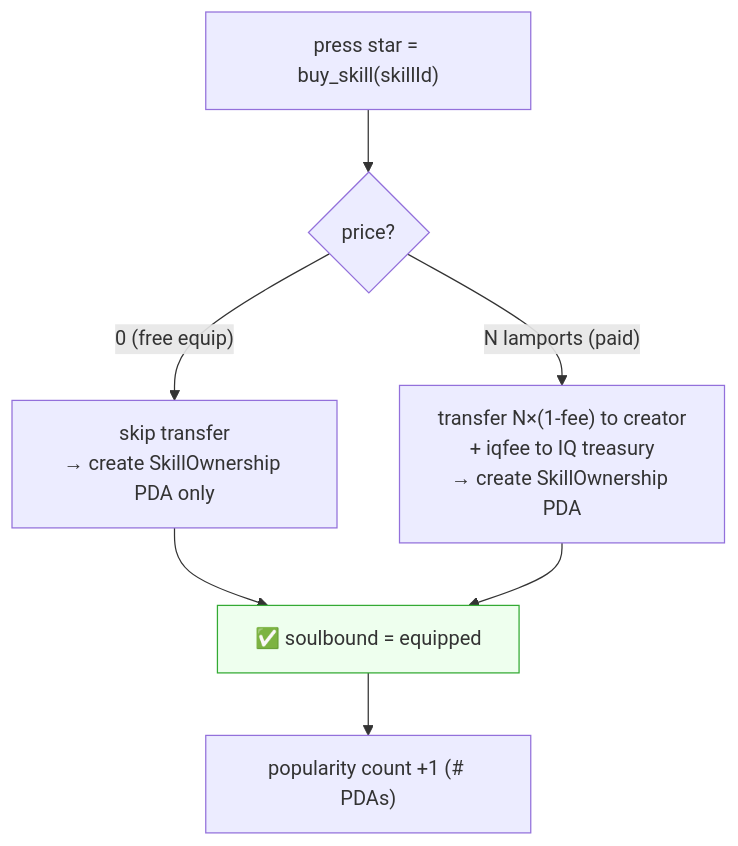
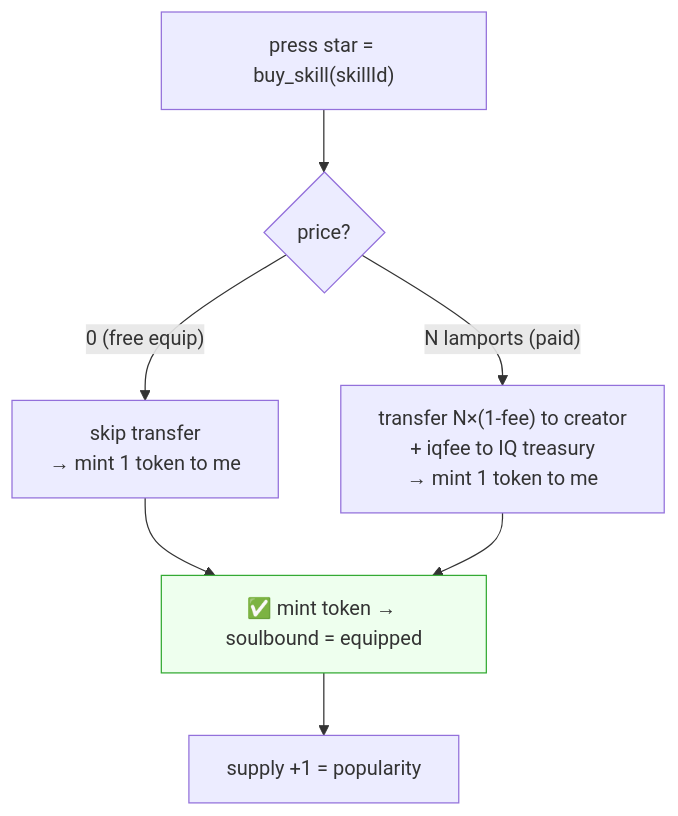
Before and after one commit to IQCoreTeam/AgentNet: the sixth of 8 diagrams in plans/skill-soulbound-structure.md, drawn with Mermaid. The commit also changed other lines of this file and 5 other files, not shown here.

First line of the commit message:
Adopt Token-2022 semi-fungible as the NFT model; drop custom SkillOwnership PDA

````diff
--- a/plans/skill-soulbound-structure.md
+++ b/plans/skill-soulbound-structure.md
@@ -188,11 +177,11 @@
 ```mermaid
 flowchart TB
     Star["press star = buy_skill(skillId)"]
     Star --> Q{"price?"}
-    Q -->|"0 (free equip)"| Free["skip transfer<br/>→ create SkillOwnership PDA only"]
-    Q -->|"N lamports (paid)"| Paid["transfer N×(1-fee) to creator<br/>+ iqfee to IQ treasury<br/>→ create SkillOwnership PDA"]
-    Free --> Own["✅ soulbound = equipped"]
+    Q -->|"0 (free equip)"| Free["skip transfer<br/>→ mint 1 token to me"]
+    Q -->|"N lamports (paid)"| Paid["transfer N×(1-fee) to creator<br/>+ iqfee to IQ treasury<br/>→ mint 1 token to me"]
+    Free --> Own["✅ mint token → soulbound = equipped"]
     Paid --> Own
-    Own --> Cnt["popularity count +1 (# PDAs)"]
+    Own --> Cnt["supply +1 = popularity"]
     style Own fill:#efe,stroke:#3a3
 ```
````
